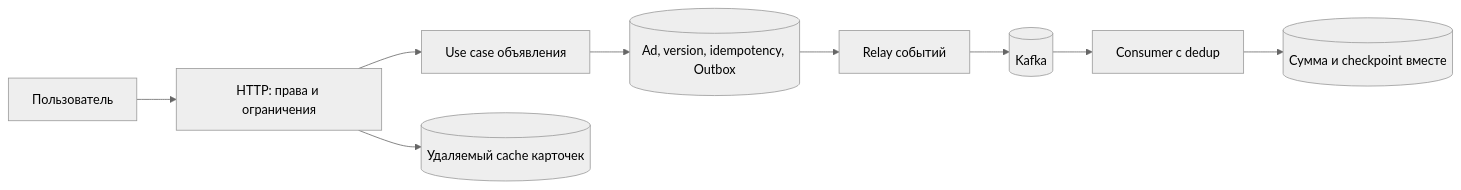
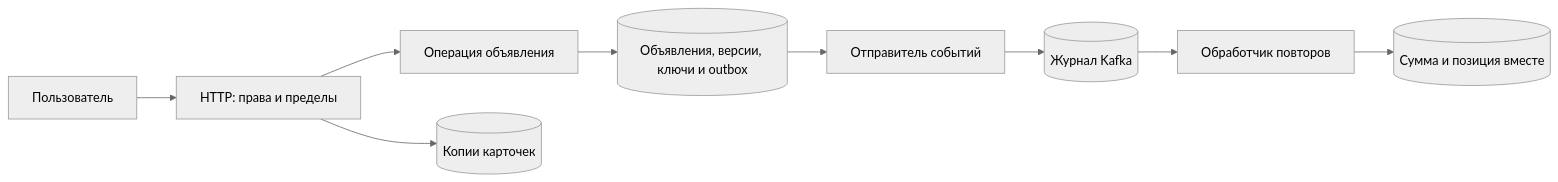
The diagram in docs/practice/go-backend-project.md (leary1337/vault), drawn with Mermaid (neutral theme) before and after one commit. The commit also changed other lines of this file and 325 other files, not shown here.

````diff
--- a/docs/practice/go-backend-project.md
+++ b/docs/practice/go-backend-project.md
@@ -143,11 +18,11 @@
 ```mermaid
 flowchart LR
-    User[Пользователь] --> HTTP[HTTP: права и ограничения]
-    HTTP --> UseCase[Use case объявления]
-    UseCase --> DB[(Ad, version, idempotency, Outbox)]
-    DB --> Relay[Relay событий]
-    Relay --> Kafka[(Kafka)]
-    Kafka --> Consumer[Consumer с dedup]
-    Consumer --> View[(Сумма и checkpoint вместе)]
-    HTTP --> Cache[(Удаляемый cache карточек)]
+    User[Пользователь] --> HTTP[HTTP: права и пределы]
+    HTTP --> App[Операция объявления]
+    App --> DB[(Объявления, версии, ключи и outbox)]
+    DB --> Relay[Отправитель событий]
+    Relay --> Kafka[(Журнал Kafka)]
+    Kafka --> Consumer[Обработчик повторов]
+    Consumer --> View[(Сумма и позиция вместе)]
+    HTTP --> Cache[(Копии карточек)]
 ```
````
